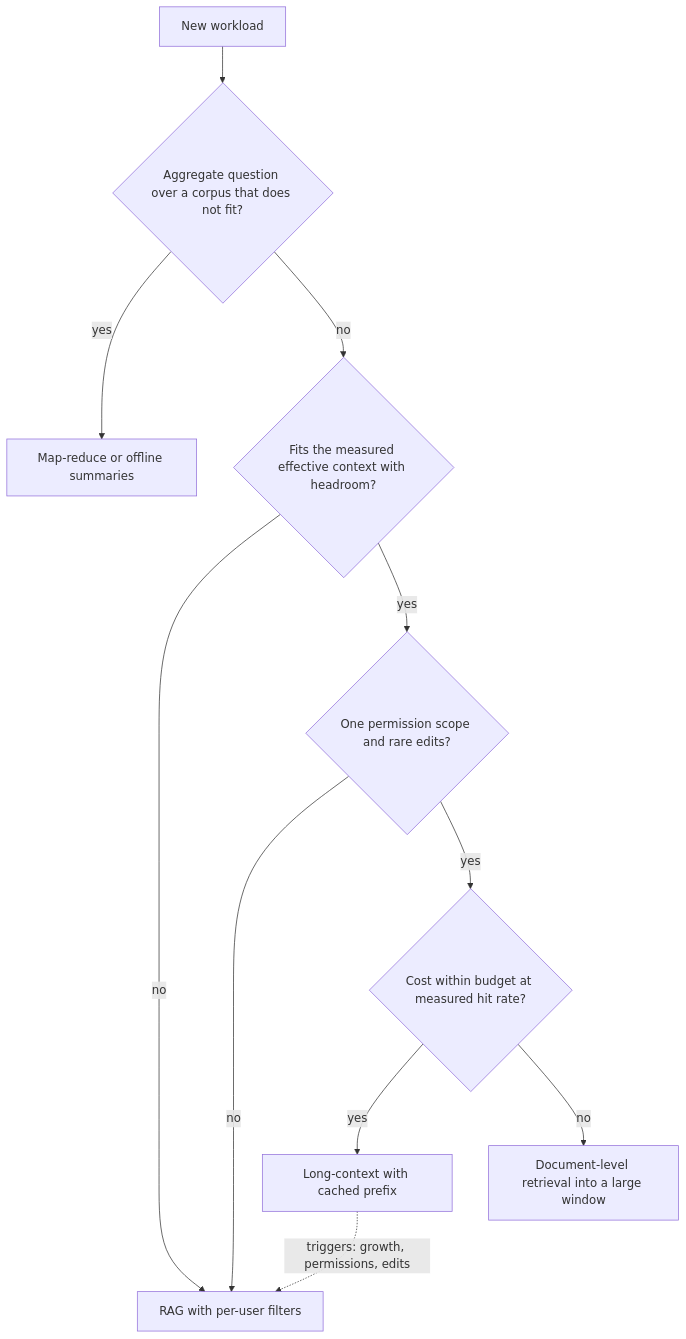
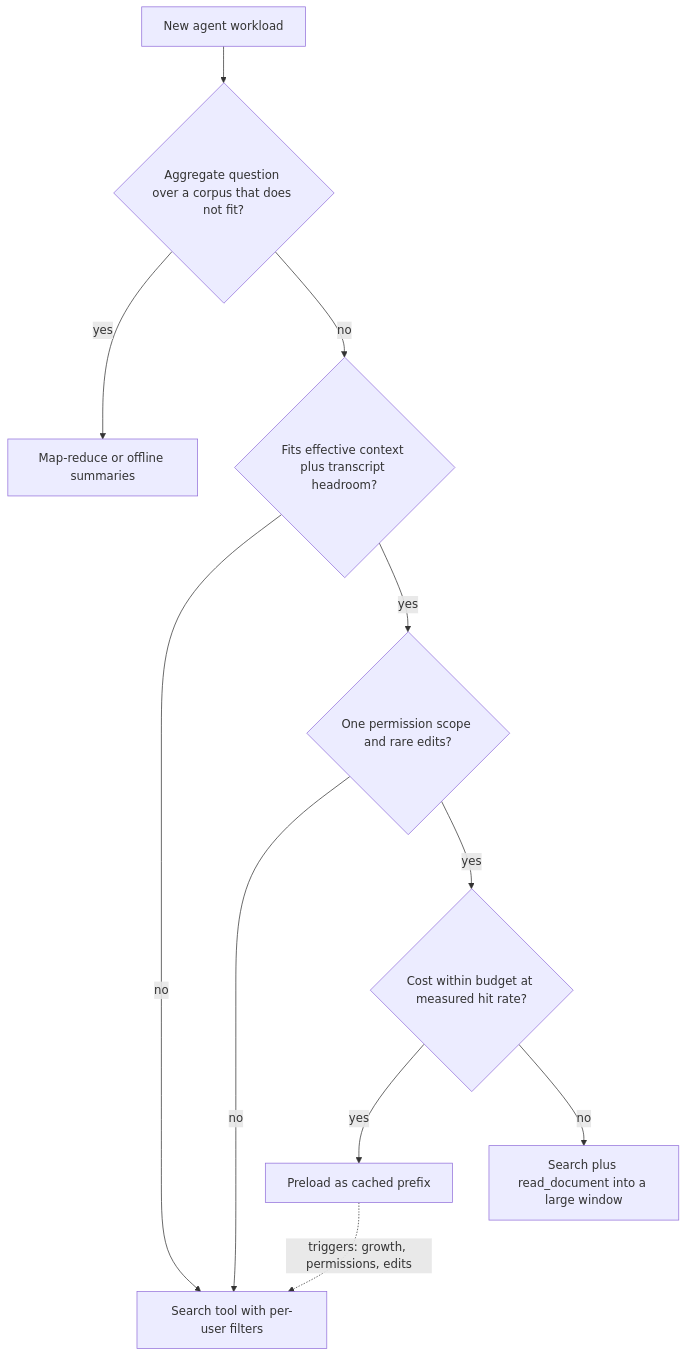
The diagram in content/rag-retrieval/long-context-vs-rag.md (lovishmahajan97/agentic-learning), drawn with Mermaid before and after one commit. The commit also changed other lines of this file and 266 other files, not shown here.

````diff
--- a/content/rag-retrieval/long-context-vs-rag.md
+++ b/content/rag-retrieval/long-context-vs-rag.md
@@ -100,13 +125,13 @@
 ```mermaid
 flowchart TD
-    Q["New workload"] --> A{"Aggregate question over a corpus that does not fit?"}
+    Q["New agent workload"] --> A{"Aggregate question over a corpus that does not fit?"}
     A -->|"yes"| MR["Map-reduce or offline summaries"]
-    A -->|"no"| F{"Fits the measured effective context with headroom?"}
-    F -->|"no"| RAG["RAG with per-user filters"]
+    A -->|"no"| F{"Fits effective context plus transcript headroom?"}
+    F -->|"no"| RAG["Search tool with per-user filters"]
     F -->|"yes"| P{"One permission scope and rare edits?"}
     P -->|"no"| RAG
     P -->|"yes"| V{"Cost within budget at measured hit rate?"}
-    V -->|"yes"| LC["Long-context with cached prefix"]
-    V -->|"no"| H["Document-level retrieval into a large window"]
+    V -->|"yes"| LC["Preload as cached prefix"]
+    V -->|"no"| H["Search plus read_document into a large window"]
     LC -.->|"triggers: growth, permissions, edits"| RAG
 ```
````
